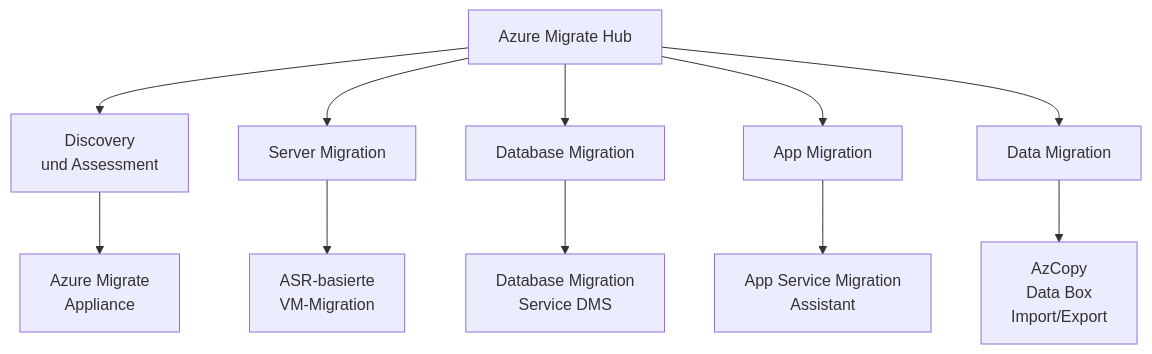
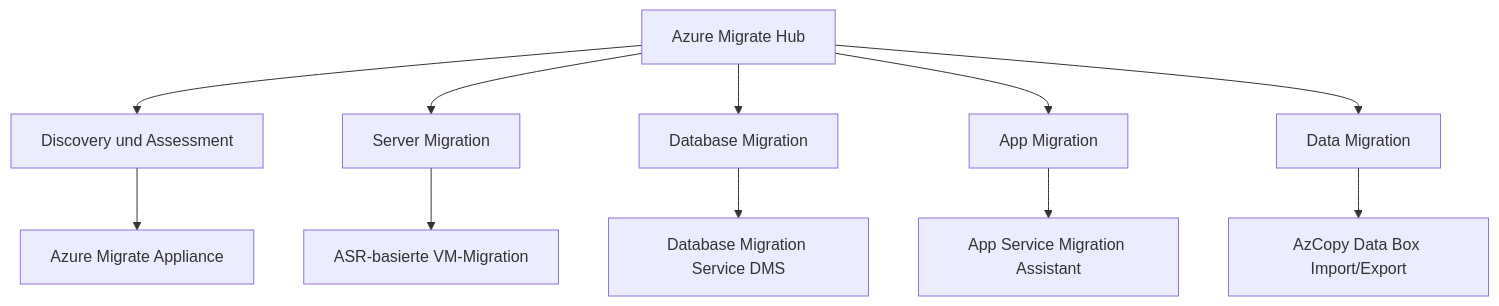
Before and after one commit to SoniiiT/notes-n-docs: the first of 8 diagrams in Microsoft 365/Azure/Monitor und Management/Azure Migrate.md, drawn with Mermaid. The commit also changed other lines of this file and 124 other files, not shown here.

First line of the commit message:
fix: Entferne \n aus allen Mermaid-Diagrammen (125 Dateien)

````diff
--- a/Microsoft 365/Azure/Monitor und Management/Azure Migrate.md
+++ b/Microsoft 365/Azure/Monitor und Management/Azure Migrate.md
@@ -29,13 +29,13 @@
 ```mermaid
 graph TD
-    A[Azure Migrate Hub] --> B[Discovery\nund Assessment]
+    A[Azure Migrate Hub] --> B[Discovery und Assessment]
     A --> C[Server Migration]
     A --> D[Database Migration]
     A --> E[App Migration]
     A --> F[Data Migration]
-    B --> G[Azure Migrate\nAppliance]
-    C --> H[ASR-basierte\nVM-Migration]
-    D --> I[Database Migration\nService DMS]
-    E --> J[App Service Migration\nAssistant]
-    F --> K[AzCopy\nData Box\nImport/Export]
+    B --> G[Azure Migrate Appliance]
+    C --> H[ASR-basierte VM-Migration]
+    D --> I[Database Migration Service DMS]
+    E --> J[App Service Migration Assistant]
+    F --> K[AzCopy Data Box Import/Export]
 ```
````
